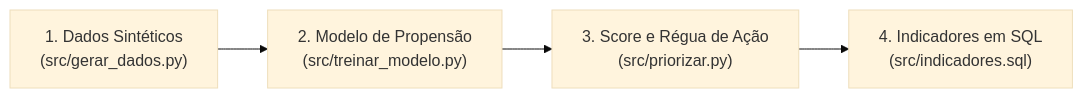
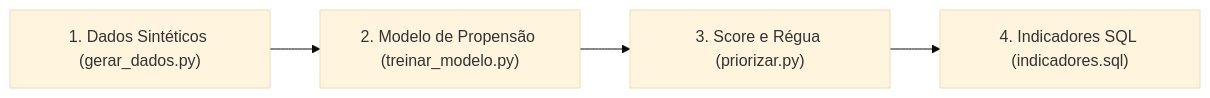
The diagram in README.md (Cerqueira11/priorizador-cobranca), drawn with Mermaid (base theme) before and after one commit. The commit also changed other lines of this file, not shown here.

````diff
--- a/README.md
+++ b/README.md
@@ -19,6 +19,6 @@
 ```mermaid
 flowchart LR
-    A["1. Dados Sintéticos\n(src/gerar_dados.py)"] --> B["2. Modelo de Propensão\n(src/treinar_modelo.py)"]
-    B --> C["3. Score e Régua de Ação\n(src/priorizar.py)"]
-    C --> D["4. Indicadores em SQL\n(src/indicadores.sql)"]
+    A["1. Dados Sintéticos (gerar_dados.py)"] --> B["2. Modelo de Propensão (treinar_modelo.py)"]
+    B --> C["3. Score e Régua (priorizar.py)"]
+    C --> D["4. Indicadores SQL (indicadores.sql)"]
 ```
````
